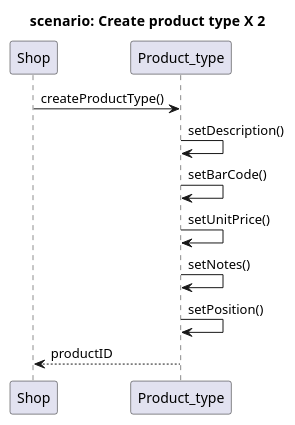
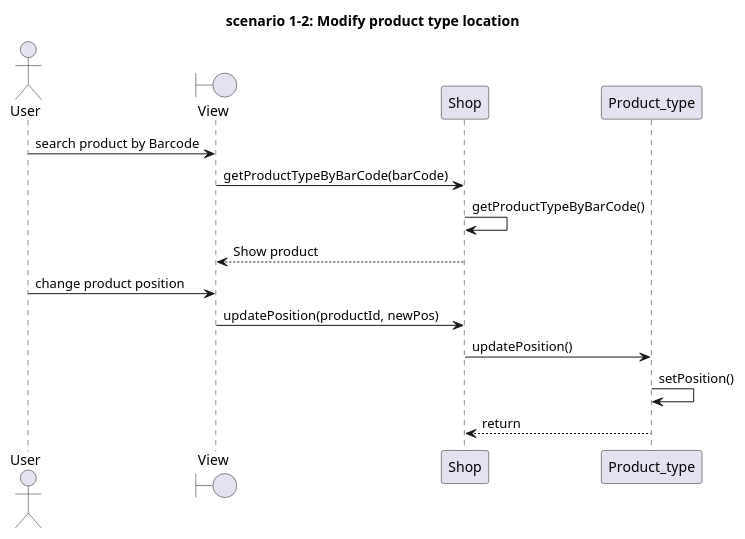
Before and after one commit to zitabou/EZShop: the fourth of 9 diagrams in Deliverables/DesignDocument.md, drawn with PlantUML. The commit also changed other lines of this file, not shown here.

Commit message:
add sequence 1.x 2.x

````diff
--- a/Deliverables/DesignDocument.md
+++ b/Deliverables/DesignDocument.md
@@ -305,14 +305,19 @@
 ```plantuml
 
 title
-scenario: Create product type X  2
+scenario 1-2: Modify product type location
 end title
 
-Shop -> Product_type: createProductType() 
-Product_type -> Product_type: setDescription()
-Product_type -> Product_type: setBarCode()
-Product_type -> Product_type: setUnitPrice()
-Product_type -> Product_type: setNotes()
+actor User
+Boundary View
+User -> View: search product by Barcode
+View->Shop: getProductTypeByBarCode(barCode)
+Shop -> Shop: getProductTypeByBarCode()
+Shop --> View: Show product
+User -> View: change product position
+View->Shop: updatePosition(productId, newPos)
+Shop -> Product_type: updatePosition()
 Product_type -> Product_type: setPosition()
-Product_type --> Shop: productID
+Product_type --> Shop: return
+
 ```
````
